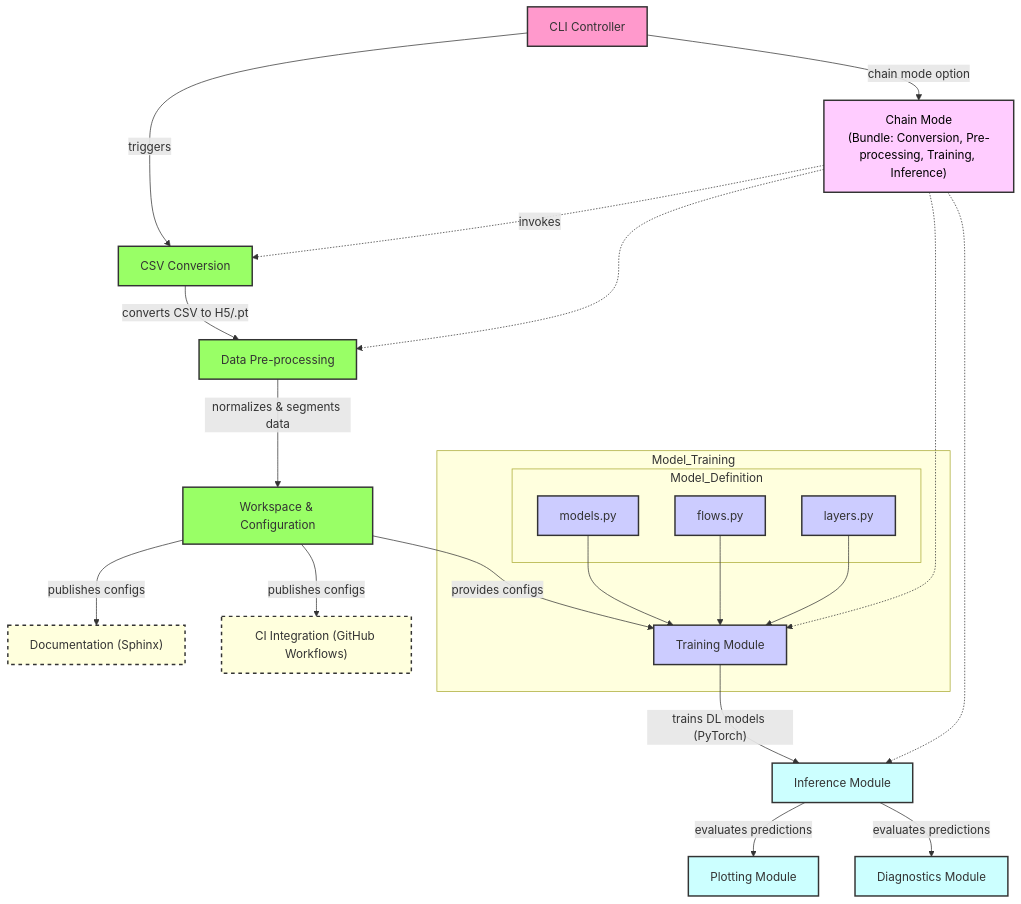
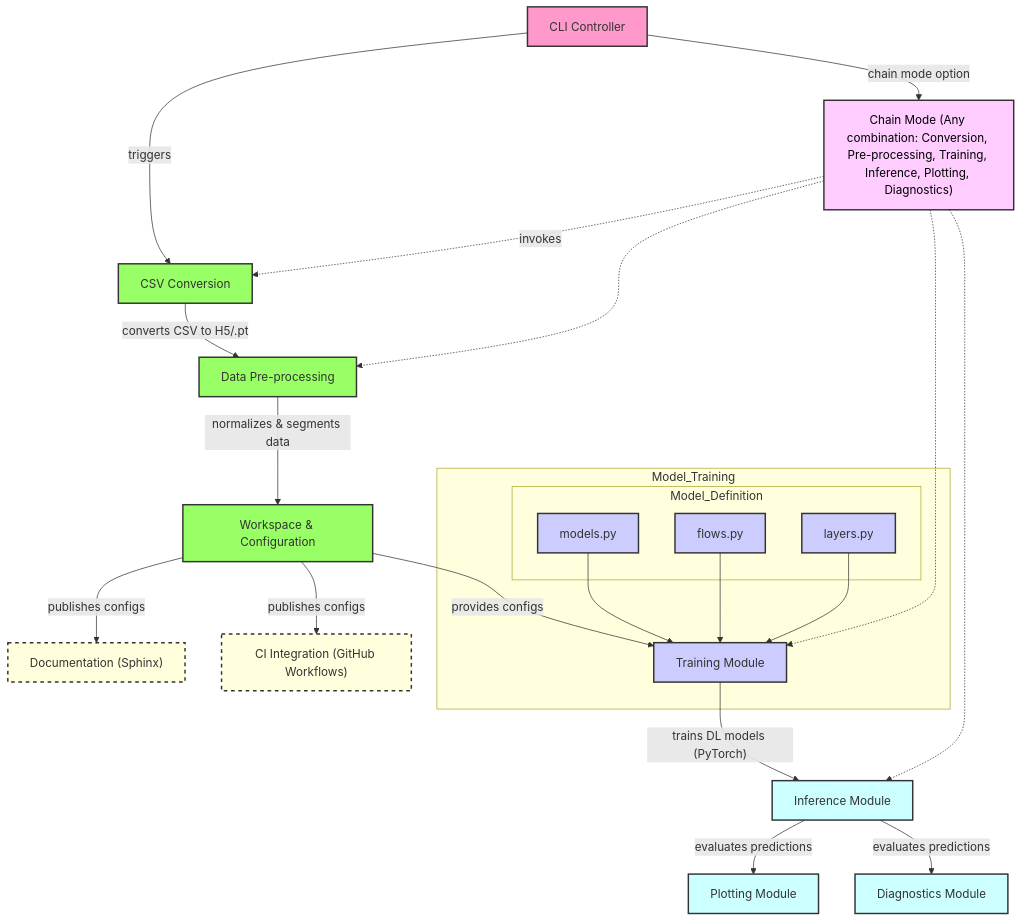
One commit to SMARTHEP/BEAD-experimental changed the diagram in README.md. Above: the diagram before and after it, drawn with Mermaid.

````diff
--- a/README.md
+++ b/README.md
@@ -37,59 +37,59 @@
 ```mermaid
 flowchart TD
  subgraph Model_Definition["Model_Definition"]
         Model1["models.py"]
         Model2["flows.py"]
         Model3["layers.py"]
   end
  subgraph Model_Training["Model_Training"]
         Model_Definition
         Training_Module["Training Module"]
   end
     CLI_Controller["CLI Controller"] -- triggers --> CSV_Conversion["CSV Conversion"]
     CSV_Conversion -- "converts CSV to H5/.pt" --> Data_Pre_processing["Data Pre-processing"]
     Data_Pre_processing -- normalizes & segments data --> Workspace_Configuration["Workspace & Configuration"]
     Workspace_Configuration -- provides configs --> Training_Module
     Model1 --> Training_Module
     Model2 --> Training_Module
     Model3 --> Training_Module
     Training_Module -- trains DL models (PyTorch) --> Inference_Module["Inference Module"]
     Inference_Module -- evaluates predictions --> Plotting_Module["Plotting Module"] & Diagnostics_Module["Diagnostics Module"]
-    CLI_Controller -- chain mode option --> Chain_Mode["Chain Mode\n(Bundle: Conversion, Pre-processing, Training, Inference)"]
+    CLI_Controller -- chain mode option --> Chain_Mode["Chain Mode (Any combination: Conversion, Pre-processing, Training, Inference, Plotting, Diagnostics)"]
     Chain_Mode -. invokes .-> CSV_Conversion
     Chain_Mode -.-> Data_Pre_processing & Training_Module & Inference_Module
     Workspace_Configuration -- publishes configs --> Documentation["Documentation (Sphinx)"] & CI_Integration["CI Integration (GitHub Workflows)"]
      Model1:::model
      Model2:::model
      Model3:::model
      Training_Module:::model
      CLI_Controller:::cli
      CSV_Conversion:::data
      Data_Pre_processing:::data
      Workspace_Configuration:::data
      Inference_Module:::inference
      Plotting_Module:::inference
      Diagnostics_Module:::inference
      Chain_Mode:::extra
      Documentation:::external
      CI_Integration:::external
     classDef cli fill:#f9c,stroke:#333,stroke-width:2px
     classDef data fill:#9f6,stroke:#333,stroke-width:2px
     classDef model fill:#ccf,stroke:#333,stroke-width:2px
     classDef inference fill:#cff,stroke:#333,stroke-width:2px
     classDef extra fill:#fcf,stroke:#333,stroke-width:2px
     classDef external fill:#ffd,stroke:#333,stroke-width:2px,stroke-dasharray:5,5
     style Chain_Mode color:#000000
     click CLI_Controller "https://github.com/praktikal24/bead/blob/main/bead/bead.py"
     click CSV_Conversion "https://github.com/praktikal24/bead/blob/main/bead/src/utils/conversion.py"
     click Data_Pre_processing "https://github.com/praktikal24/bead/blob/main/bead/src/utils/data_processing.py"
     click Workspace_Configuration "https://github.com/praktikal24/bead/blob/main/bead/workspaces"
     click Model1 "https://github.com/praktikal24/bead/blob/main/bead/src/models/models.py"
     click Model2 "https://github.com/praktikal24/bead/blob/main/bead/src/models/flows.py"
     click Model3 "https://github.com/praktikal24/bead/blob/main/bead/src/models/layers.py"
     click Training_Module "https://github.com/praktikal24/bead/blob/main/bead/src/trainers/training.py"
     click Inference_Module "https://github.com/praktikal24/bead/blob/main/bead/src/trainers/inference.py"
     click Plotting_Module "https://github.com/praktikal24/bead/blob/main/bead/src/utils/plotting.py"
     click Diagnostics_Module "https://github.com/praktikal24/bead/blob/main/bead/src/utils/diagnostics.py"
     click Documentation "https://praktikal24.github.io/BEAD/index.html"
     click CI_Integration "https://github.com/praktikal24/bead/blob/main/.github/workflows"
 ```
````
